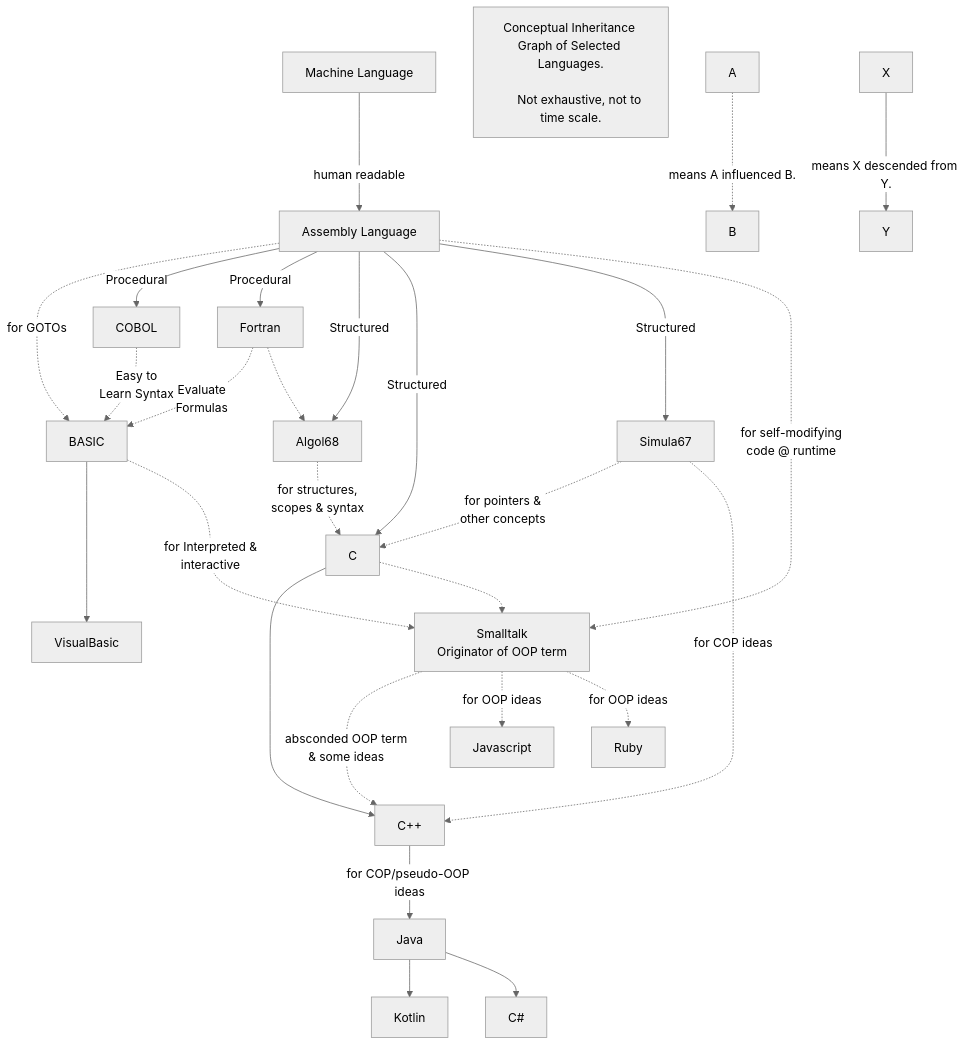
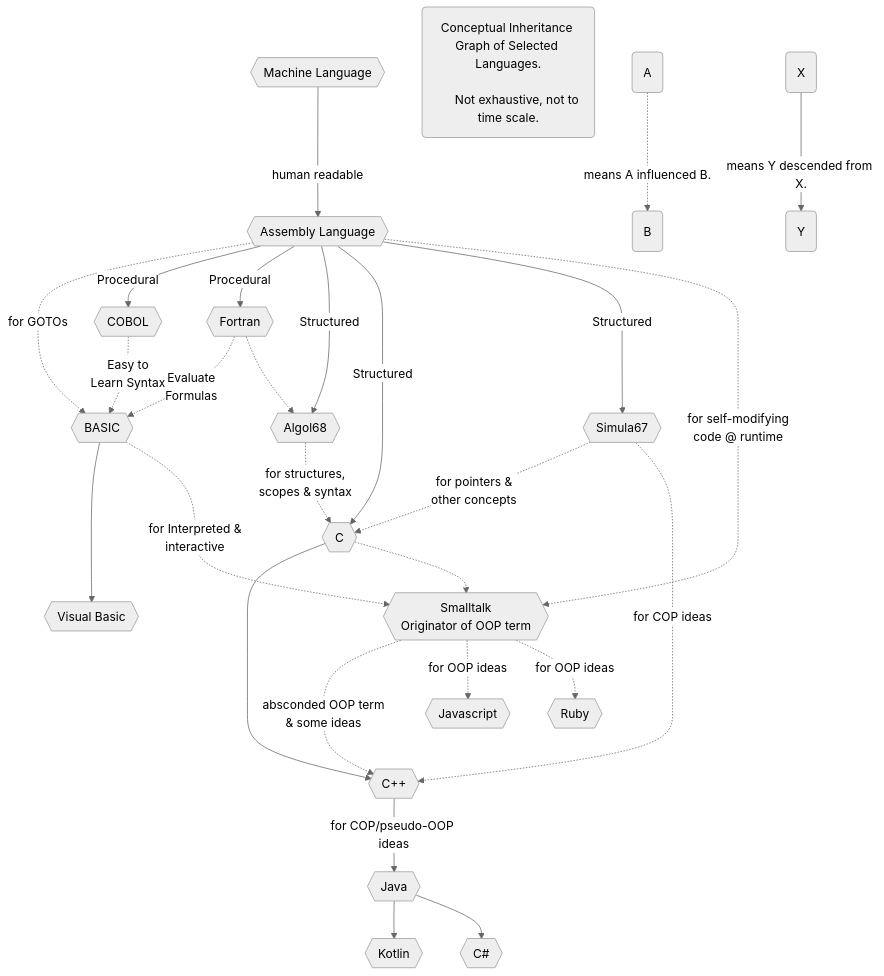
The diagram in 13-Conclusion.md (realityexpander/How_to_program_from_ground_up), drawn with Mermaid (neutral theme) before and after one commit. The commit also changed other lines of this file, not shown here.

Commit message:
improve graph

````diff
--- a/13-Conclusion.md
+++ b/13-Conclusion.md
@@ -23,43 +23,47 @@
   ```mermaid
     graph TB
-        MachineLanguage[Machine Language] -->|human readable| AssemblyLanguage
-        AssemblyLanguage[Assembly Language] -.->|for GOTOs|Basic
-        AssemblyLanguage[Assembly Language] -->|Procedural|COBOL
-        AssemblyLanguage[Assembly Language] -->|Procedural|Fortran
-        AssemblyLanguage[Assembly Language] -->|Structured|Algol68
-        AssemblyLanguage[Assembly Language] -->|Structured|C
-        AssemblyLanguage[Assembly Language] -->|Structured|Simula67
-        COBOL["COBOL"] -.->|Easy to 
+        MachineLanguage{{Machine Language}} -->|human readable| AssemblyLanguage
+        AssemblyLanguage{{Assembly Language}} -.->|for GOTOs|Basic
+        AssemblyLanguage{{Assembly Language}} -->|Procedural|COBOL
+        AssemblyLanguage{{Assembly Language}} -->|Procedural|Fortran
+        AssemblyLanguage{{Assembly Language}} -->|Structured|Algol68
+        AssemblyLanguage{{Assembly Language}} -->|Structured|C
+        AssemblyLanguage{{Assembly Language}} -->|Structured|Simula67
+        COBOL{{"COBOL"}} -.->|Easy to 
                             Learn Syntax|Basic
-        Basic["BASIC"] ---> VisualBasic
-        Fortran["Fortran"] -.->|Evaluate 
+        Basic{{"BASIC"}} ---> VisualBasic
+        Fortran{{"Fortran"}} -.->|Evaluate 
                                 Formulas|Basic
-        Algol68[Algol68] -.->|"for structures, 
+        Algol68{{Algol68}} -.->|"for structures, 
                              scopes & syntax"|C
-        Simula67["Simula67"] -.->|"for pointers & 
+        Simula67{{"Simula67"}} -.->|"for pointers & 
                                   other concepts"|C
-        C["C"] -->Cplusplus
+        C{{"C"}} -->Cplusplus
         C -.->Smalltalk
         Simula67 -.->|for COP ideas|Cplusplus
-        Cplusplus["C++"] -->|for COP/pseudo-OOP ideas|Java
+        Cplusplus{{"C++"}} -->|for COP/pseudo-OOP ideas|Java
         Smalltalk -..->|"absconded OOP term 
                         & some ideas"|Cplusplus
-        Java[Java] -->Kotlin
+        Java{{Java}} -->Kotlin
         Java -->CSharp
-        CSharp["C#"]
+        CSharp{{"C#"}}
         Fortran -.->Algol68
-        Smalltalk["Smalltalk
-                  Originator of OOP term"] -.->|for OOP ideas|Javascript
+        Smalltalk{{"Smalltalk
+                  Originator of OOP term"}} -.->|for OOP ideas|Javascript
         Smalltalk -.->|for OOP ideas|Ruby
         Basic -.-> |for Interpreted & 
                     interactive|Smalltalk
         AssemblyLanguage-.->|for self-modifying 
                              code @ runtime|Smalltalk
+        Kotlin{{Kotlin}}
+        Ruby{{Ruby}}
+        Javascript{{Javascript}}
+        VisualBasic{{"Visual Basic"}}
     
-    Note["Conceptual Inheritance Graph of Selected Languages.
+    Note("Conceptual Inheritance Graph of Selected Languages.
           
-          Not exhaustive, not to time scale."]
-    A -.-> |means A influenced B.| B
-    X --> |means X descended from Y.| Y
+          Not exhaustive, not to time scale.")
+    A("A") -.-> |means A influenced B.| B("B")
+    X("X") --> |means Y descended from X.| Y("Y")
     
   ```
````
